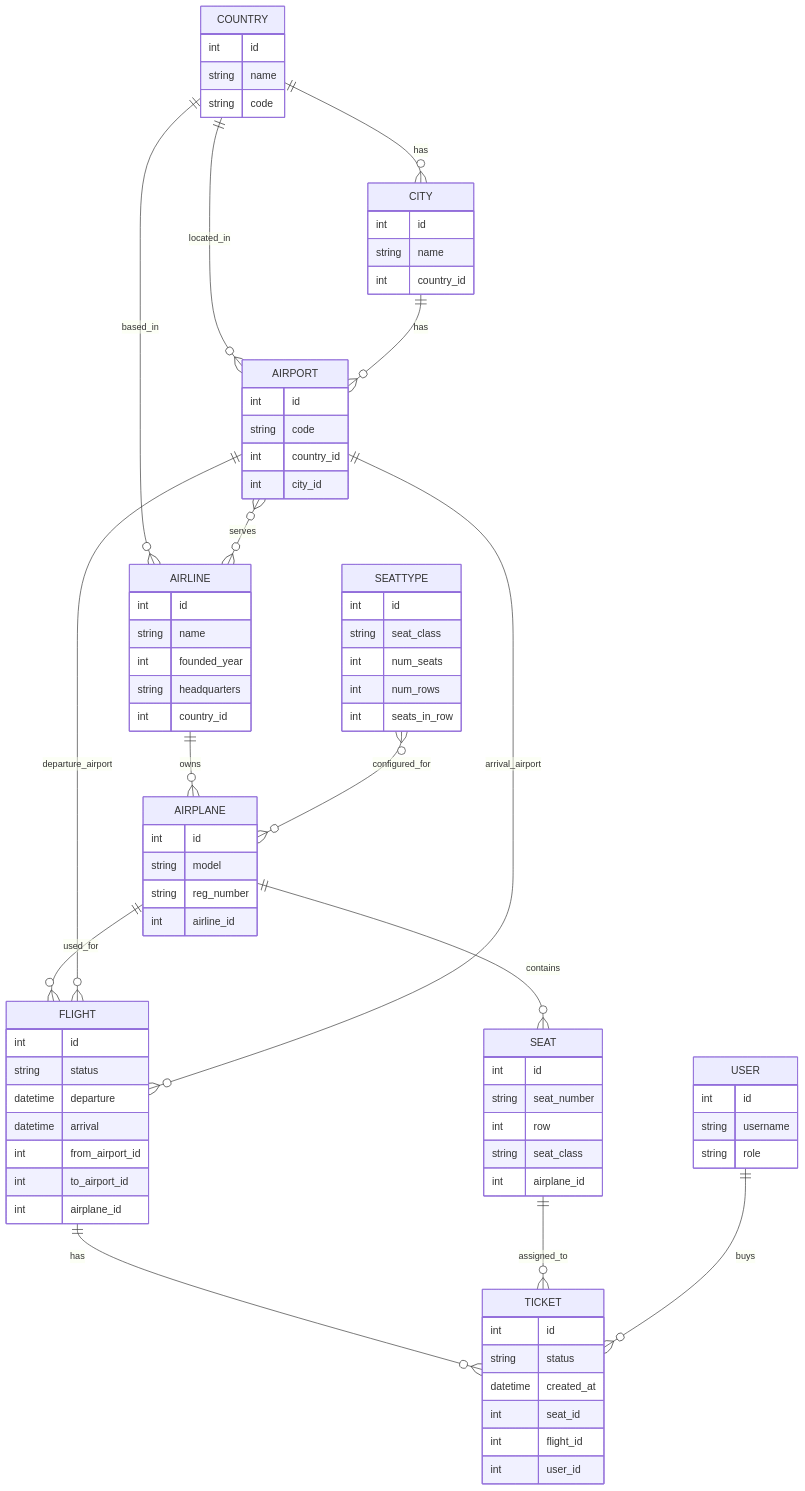
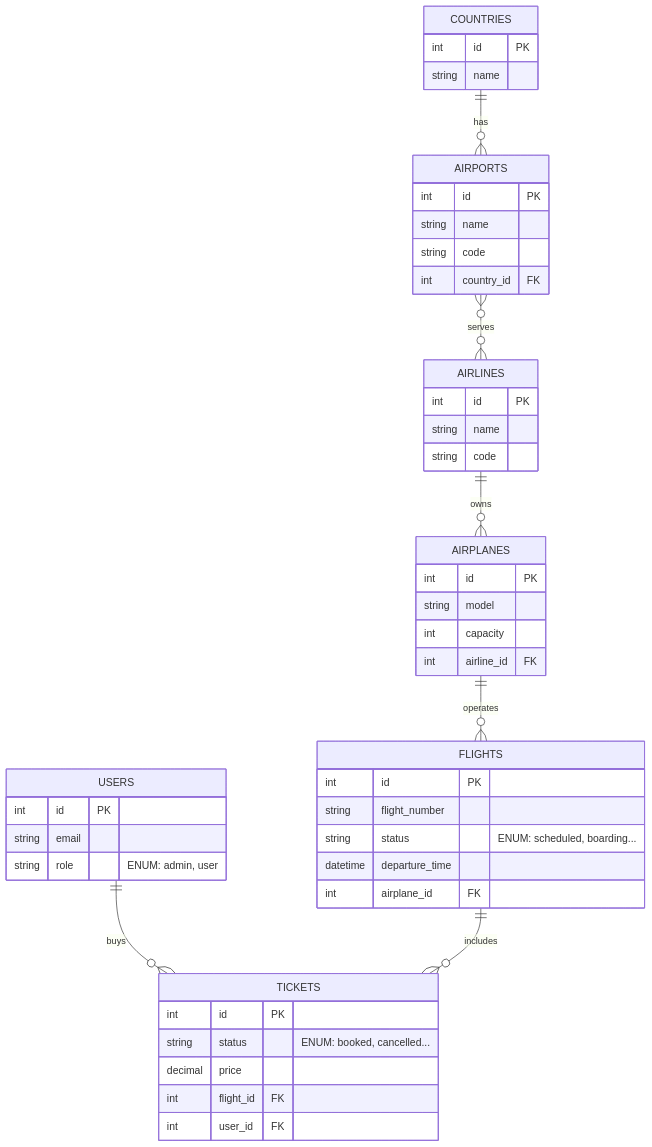
One commit to markiianpravetsst2024-cell/airport changed the diagram in README.md. Above: the diagram before and after it, drawn with Mermaid. The commit also changed other lines of this file, not shown here.

Commit message:
Fix ER diagram

````diff
--- a/README.md
+++ b/README.md
@@ -3,97 +3,50 @@
 ```mermaid
 erDiagram
-    COUNTRY ||--o{ CITY : "has"
-    COUNTRY ||--o{ AIRPORT : "located_in"
-    COUNTRY ||--o{ AIRLINE : "based_in"
+  USERS ||--o{ TICKETS : buys
+  COUNTRIES ||--o{ AIRPORTS : has
+  AIRPORTS }o--o{ AIRLINES : serves
+  AIRLINES ||--o{ AIRPLANES : owns
+  AIRPLANES ||--o{ FLIGHTS : operates
+  FLIGHTS ||--o{ TICKETS : includes
 
-    CITY ||--o{ AIRPORT : "has"
-
-    AIRPORT }o--o{ AIRLINE : "serves"
-    AIRLINE ||--o{ AIRPLANE : "owns"
-
-    SEATTYPE }o--o{ AIRPLANE : "configured_for"
-    AIRPLANE ||--o{ SEAT : "contains"
-    AIRPLANE ||--o{ FLIGHT : "used_for"
-
-    AIRPORT ||--o{ FLIGHT : "departure_airport"
-    AIRPORT ||--o{ FLIGHT : "arrival_airport"
-
-    FLIGHT ||--o{ TICKET : "has"
-    SEAT ||--o{ TICKET : "assigned_to"
-    USER ||--o{ TICKET : "buys"
-
-    COUNTRY {
-        int id
-        string name
-        string code
-    }
-
-    CITY {
-        int id
-        string name
-        int country_id
-    }
-
-    AIRPORT {
-        int id
-        string code
-        int country_id
-        int city_id
-    }
-
-    AIRLINE {
-        int id
-        string name
-        int founded_year
-        string headquarters
-        int country_id
-    }
-
-    SEATTYPE {
-        int id
-        string seat_class
-        int num_seats
-        int num_rows
-        int seats_in_row
-    }
-
-    AIRPLANE {
-        int id
-        string model
-        string reg_number
-        int airline_id
-    }
-
-    SEAT {
-        int id
-        string seat_number
-        int row
-        string seat_class
-        int airplane_id
-    }
-
-    FLIGHT {
-        int id
-        string status
-        datetime departure
-        datetime arrival
-        int from_airport_id
-        int to_airport_id
-        int airplane_id
-    }
-
-    TICKET {
-        int id
-        string status
-        datetime created_at
-        int seat_id
-        int flight_id
-        int user_id
-    }
-
-    USER {
-        int id
-        string username
-        string role
-    }
+  USERS {
+    int id PK
+    string email
+    string role "ENUM: admin, user"
+  }
+  COUNTRIES {
+    int id PK
+    string name
+  }
+  AIRPORTS {
+    int id PK
+    string name
+    string code
+    int country_id FK
+  }
+  AIRLINES {
+    int id PK
+    string name
+    string code
+  }
+  AIRPLANES {
+    int id PK
+    string model
+    int capacity
+    int airline_id FK
+  }
+  FLIGHTS {
+    int id PK
+    string flight_number
+    string status "ENUM: scheduled, boarding..."
+    datetime departure_time
+    int airplane_id FK
+  }
+  TICKETS {
+    int id PK
+    string status "ENUM: booked, cancelled..."
+    decimal price
+    int flight_id FK
+    int user_id FK
+  }
 ```
````
